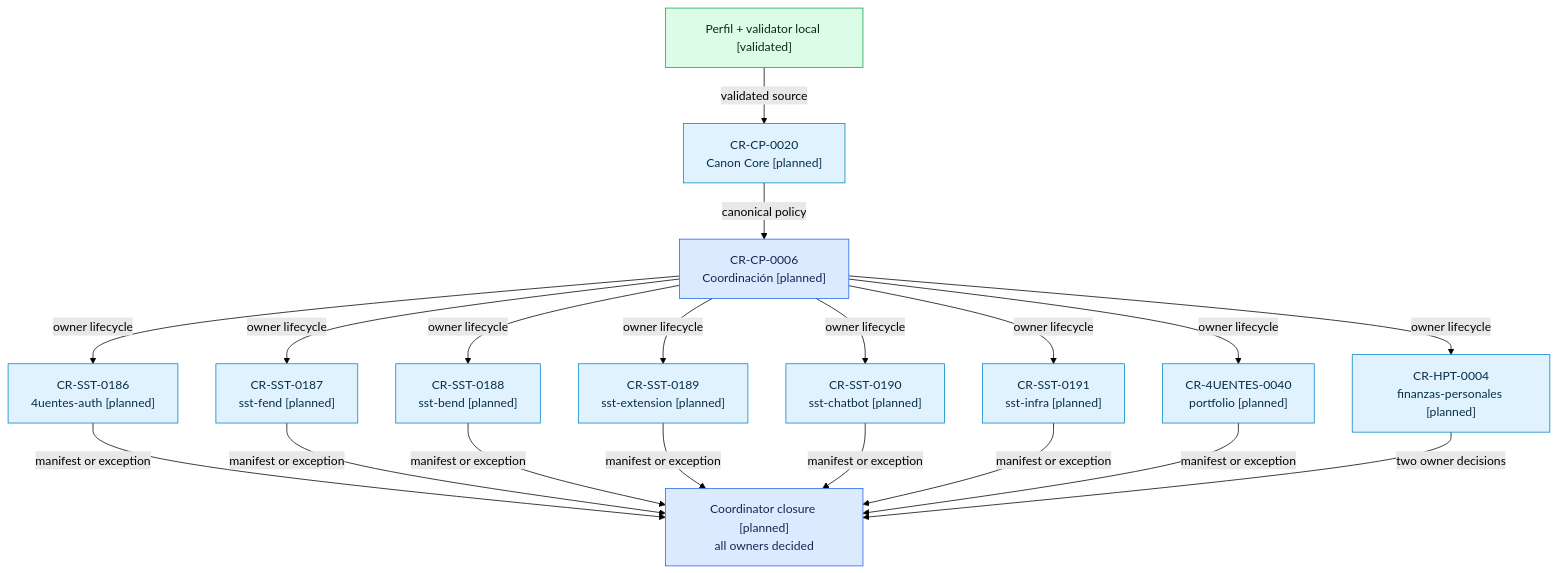
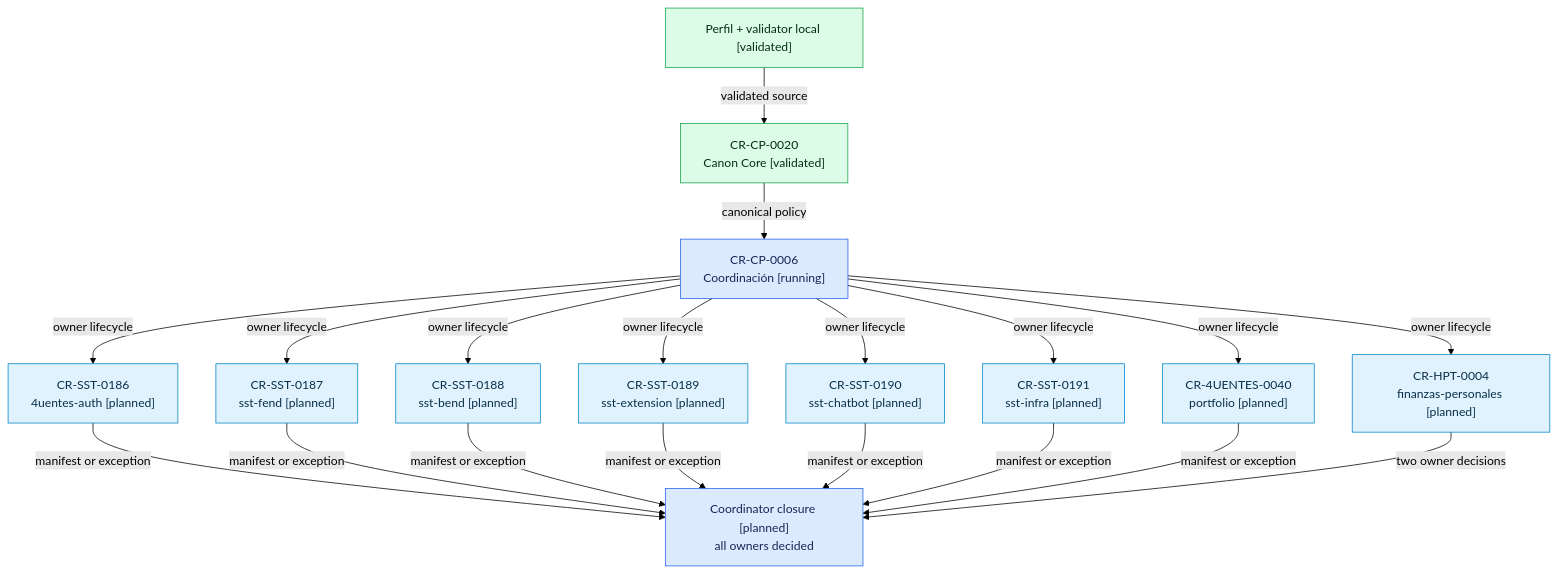
The diagram in evidence/requests/CR-CP-0006/implementation-plan.md (afpogo/4uentes-ards-control-plane), drawn with Mermaid (forest theme) before and after one commit. The commit also changed other lines of this file and 16 other files, not shown here.

````diff
--- a/evidence/requests/CR-CP-0006/implementation-plan.md
+++ b/evidence/requests/CR-CP-0006/implementation-plan.md
@@ -43,41 +43,42 @@
 ```mermaid
 flowchart TD
     LOCAL["Perfil + validator local [validated]"]
-    CORE["CR-CP-0020<br/>Canon Core [planned]"]
-    COORD["CR-CP-0006<br/>Coordinación [planned]"]
+    CORE["CR-CP-0020<br/>Canon Core [validated]"]
+    COORD["CR-CP-0006<br/>Coordinación [running]"]
     AUTH["CR-SST-0186<br/>4uentes-auth [planned]"]
     FEND["CR-SST-0187<br/>sst-fend [planned]"]
     BEND["CR-SST-0188<br/>sst-bend [planned]"]
     EXT["CR-SST-0189<br/>sst-extension [planned]"]
     BOT["CR-SST-0190<br/>sst-chatbot [planned]"]
     INFRA["CR-SST-0191<br/>sst-infra [planned]"]
     PORT["CR-4UENTES-0040<br/>portfolio [planned]"]
     HPT["CR-HPT-0004<br/>finanzas-personales [planned]"]
     CLOSE["Coordinator closure [planned]<br/>all owners decided"]
 
     LOCAL -->|"validated source"| CORE
     CORE -->|"canonical policy"| COORD
     COORD -->|"owner lifecycle"| AUTH
     COORD -->|"owner lifecycle"| FEND
     COORD -->|"owner lifecycle"| BEND
     COORD -->|"owner lifecycle"| EXT
     COORD -->|"owner lifecycle"| BOT
     COORD -->|"owner lifecycle"| INFRA
     COORD -->|"owner lifecycle"| PORT
     COORD -->|"owner lifecycle"| HPT
     AUTH -->|"manifest or exception"| CLOSE
     FEND -->|"manifest or exception"| CLOSE
     BEND -->|"manifest or exception"| CLOSE
     EXT -->|"manifest or exception"| CLOSE
     BOT -->|"manifest or exception"| CLOSE
     INFRA -->|"manifest or exception"| CLOSE
     PORT -->|"manifest or exception"| CLOSE
     HPT -->|"two owner decisions"| CLOSE
 
     classDef validated fill:#dcfce7,stroke:#16a34a,color:#052e16
     classDef planned fill:#e0f2fe,stroke:#0284c7,color:#082f49
     classDef coordinator fill:#dbeafe,stroke:#2563eb,color:#172554
     class LOCAL validated
-    class CORE,AUTH,FEND,BEND,EXT,BOT,INFRA,PORT,HPT planned
+    class CORE validated
+    class AUTH,FEND,BEND,EXT,BOT,INFRA,PORT,HPT planned
     class COORD,CLOSE coordinator
 ```
````
